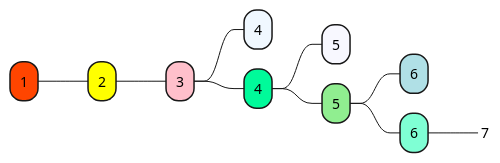
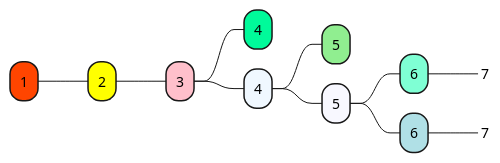
One commit to doveg/self-cultivation-of-a-software-engineer changed the diagram in 1_map/template.puml. Above: the diagram before and after it, drawn with PlantUML. The commit also changed 3 other files, not shown here.

```diff
--- a/1_map/template.puml
+++ b/1_map/template.puml
@@ -1,18 +1,19 @@
 @startmindmap
 
 +[#OrangeRed] 1
 
 ++[#yellow] 2
 
 +++[#Pink] 3
 
+++++[#MediumSpringGreen] 4
 ++++[#AliceBlue] 4
-++++[#MediumSpringGreen] 4
++++++[#LightGreen] 5
 +++++[#GhostWhite] 5
-+++++[#LightGreen] 5
-++++++[#PowderBlue] 6
 ++++++[#Aquamarine] 6
 +++++++[#Aquamarine]_ 7
+++++++[#PowderBlue] 6
++++++++[#PowderBlue]_ 7
 
 
 @endmindmap
```
